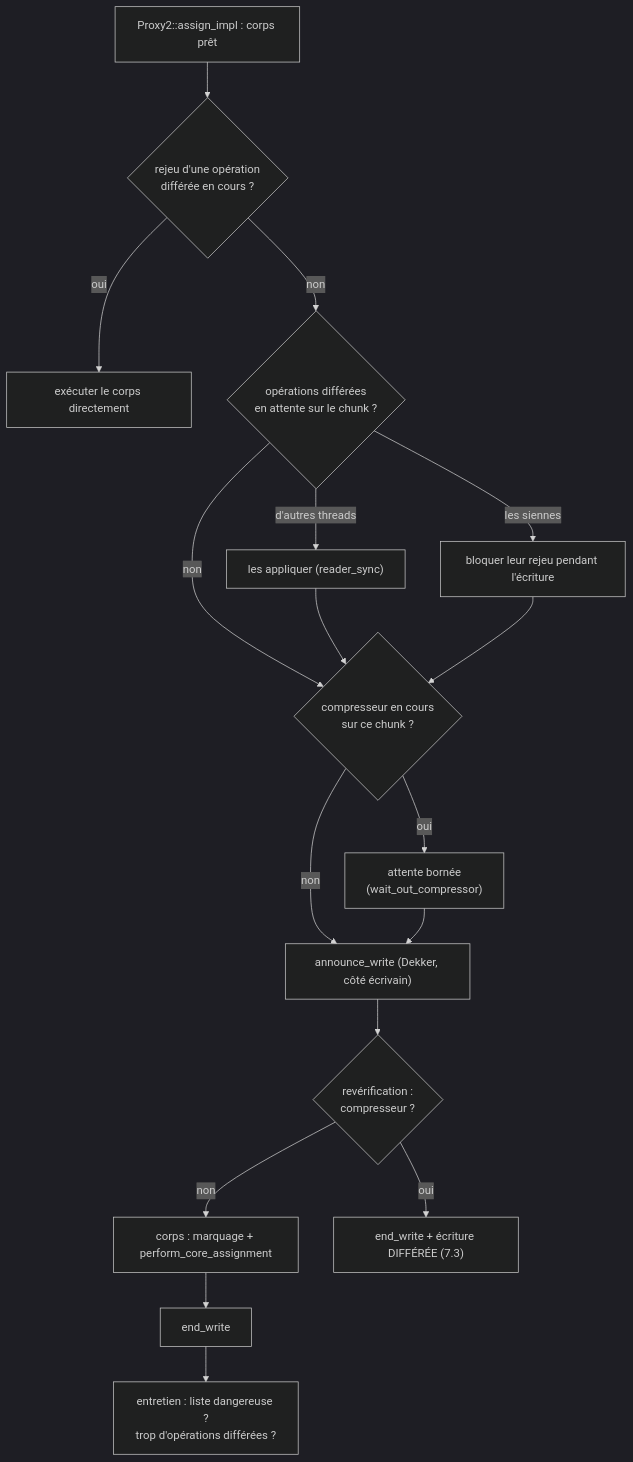
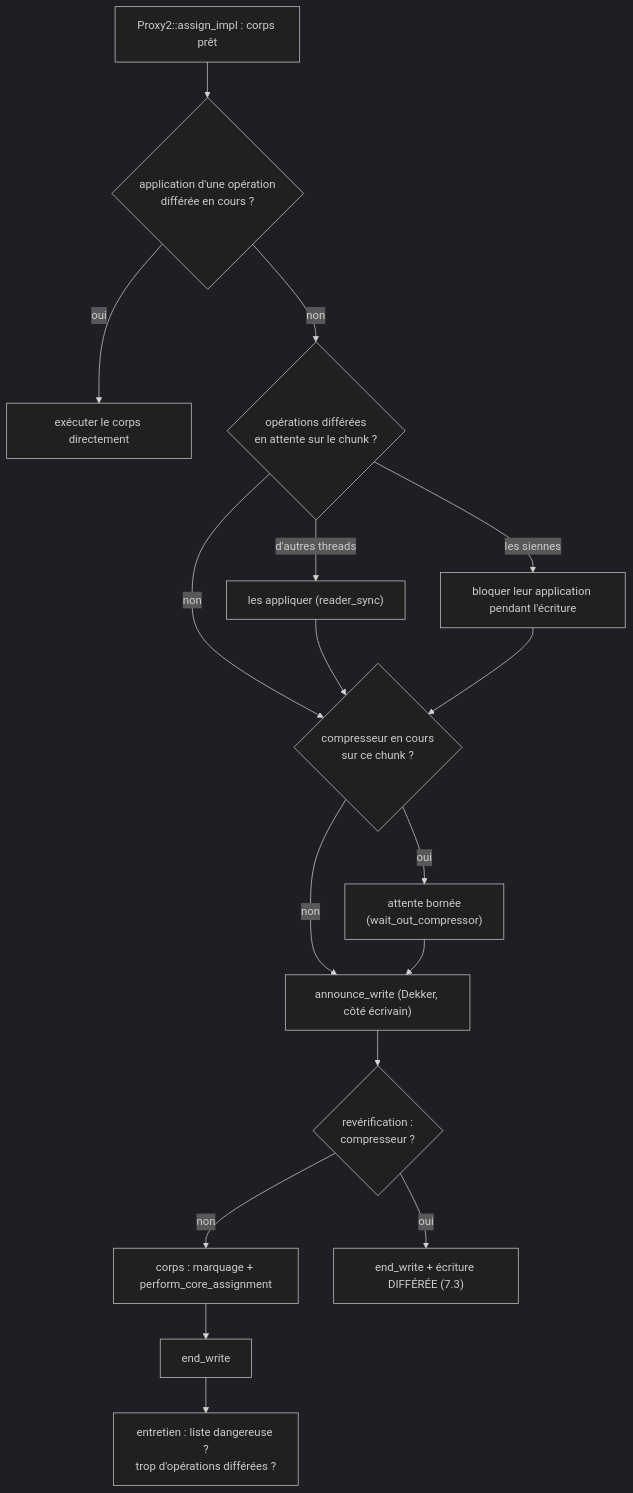
Before and after one commit to cea-hpc/shrink-array: the first of 2 diagrams in docs/algo_chunk2_fr.md, drawn with Mermaid (dark theme). The commit also changed other lines of this file and 5 other files, not shown here.

````diff
--- a/docs/algo_chunk2_fr.md
+++ b/docs/algo_chunk2_fr.md
@@ -269,19 +269,19 @@
 ```mermaid
 flowchart TD
-    A["Proxy2::assign_impl : corps prêt"] --> B{"rejeu d'une opération<br/>différée en cours ?"}
+    A["Proxy2::assign_impl : corps prêt"] --> B{"application d'une opération<br/>différée en cours ?"}
     B -->|oui| B1["exécuter le corps directement"]
     B -->|non| C{"opérations différées<br/>en attente sur le chunk ?"}
     C -->|"d'autres threads"| C1["les appliquer (reader_sync)"]
-    C -->|"les siennes"| C2["bloquer leur rejeu pendant l'écriture"]
+    C -->|"les siennes"| C2["bloquer leur application pendant l'écriture"]
     C -->|non| D
     C1 --> D
     C2 --> D
     D{"compresseur en cours<br/>sur ce chunk ?"} -->|oui| D1["attente bornée<br/>(wait_out_compressor)"]
     D -->|non| E
     D1 --> E["announce_write (Dekker, côté écrivain)"]
     E --> F{"revérification :<br/>compresseur ?"}
     F -->|non| G["corps : marquage + perform_core_assignment"]
     G --> H["end_write"]
     H --> I["entretien : liste dangereuse ?<br/>trop d'opérations différées ?"]
     F -->|oui| J["end_write + écriture DIFFÉRÉE (7.3)"]
 ```
````
